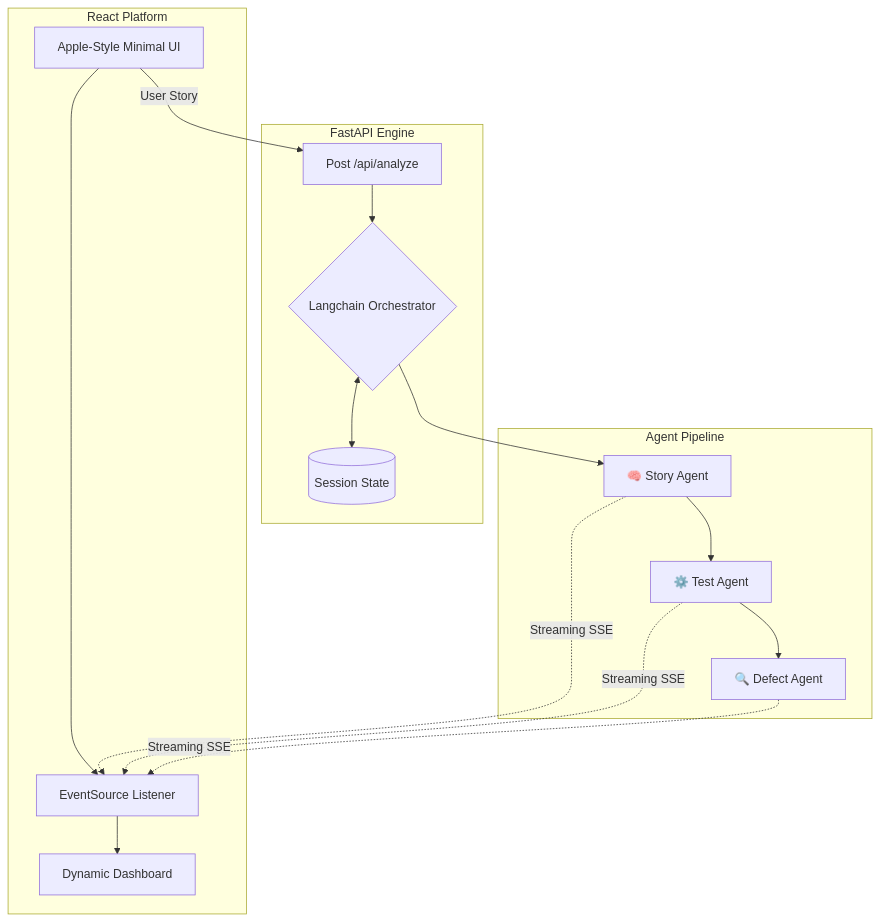
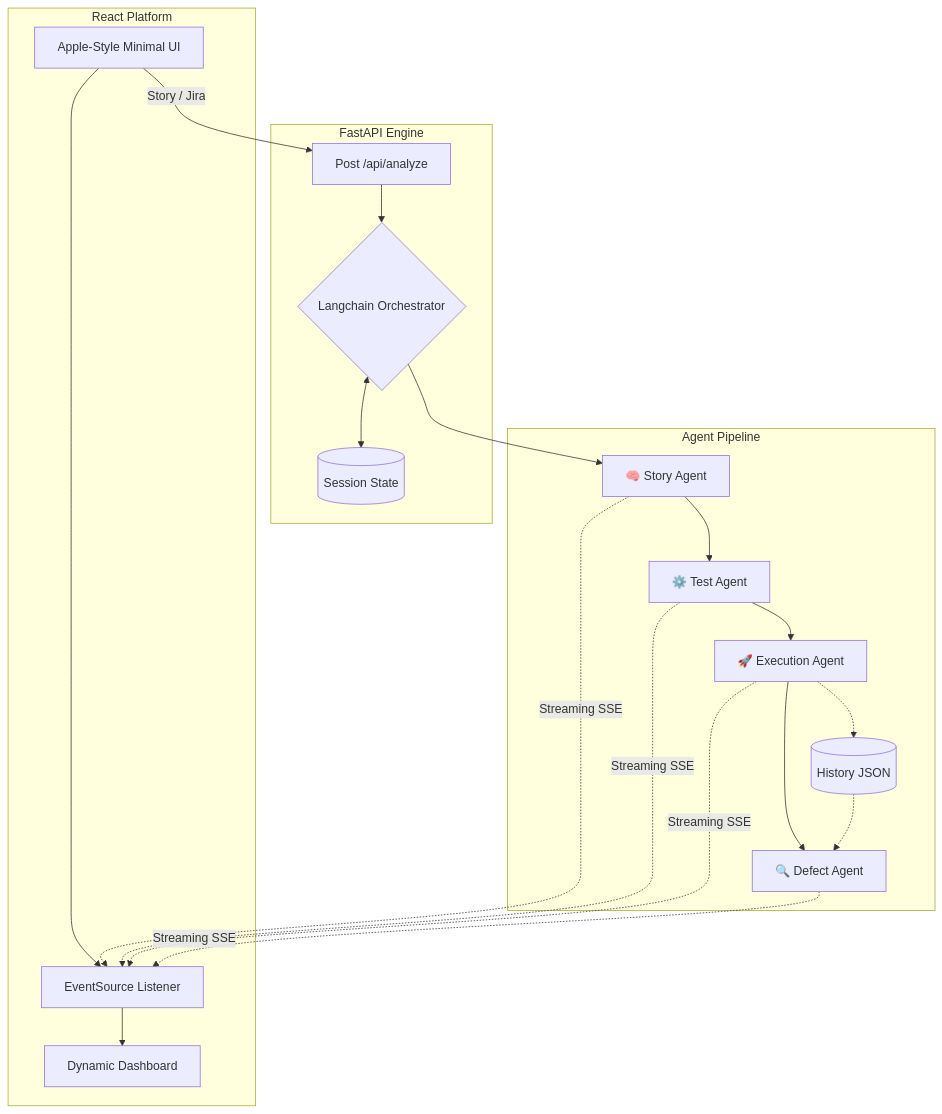
One commit to ishan1603/IronTest changed the diagram in docs/architecture.md. Above: the diagram before and after it, drawn with Mermaid. The commit also changed other lines of this file and 897 other files, not shown here.

````diff
--- a/docs/architecture.md
+++ b/docs/architecture.md
@@ -8,32 +8,36 @@
 ```mermaid
 graph TD
     subgraph Frontend [React Platform]
         UI[Apple-Style Minimal UI]
         Stream[EventSource Listener]
         Dash[Dynamic Dashboard]
         UI --> Stream
         Stream --> Dash
     end
 
     subgraph Backend [FastAPI Engine]
         API[Post /api/analyze]
         Orch{Langchain Orchestrator}
         Mem[(Session State)]
         
         API --> Orch
         Orch <--> Mem
     end
 
     subgraph Agents [Agent Pipeline]
         A1[🧠 Story Agent]
         A2[⚙️ Test Agent]
-        A3[🔍 Defect Agent]
+        A3[🚀 Execution Agent]
+        A4[🔍 Defect Agent]
         
         Orch --> A1
         A1 --> A2
         A2 --> A3
+        A3 --> A4
+        A3 -.-> DB[(History JSON)]
+        DB -.-> A4
     end
     
-    UI -- "User Story" --> API
-    A1 & A2 & A3 -. "Streaming SSE" .-> Stream
+    UI -- "Story / Jira" --> API
+    A1 & A2 & A3 & A4 -. "Streaming SSE" .-> Stream
 ```
````
